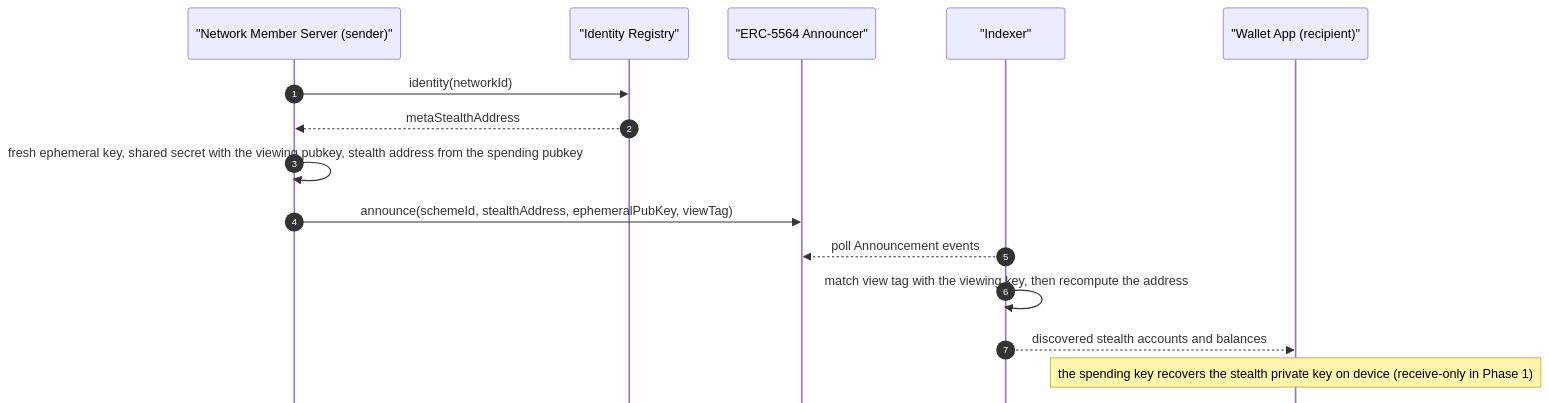
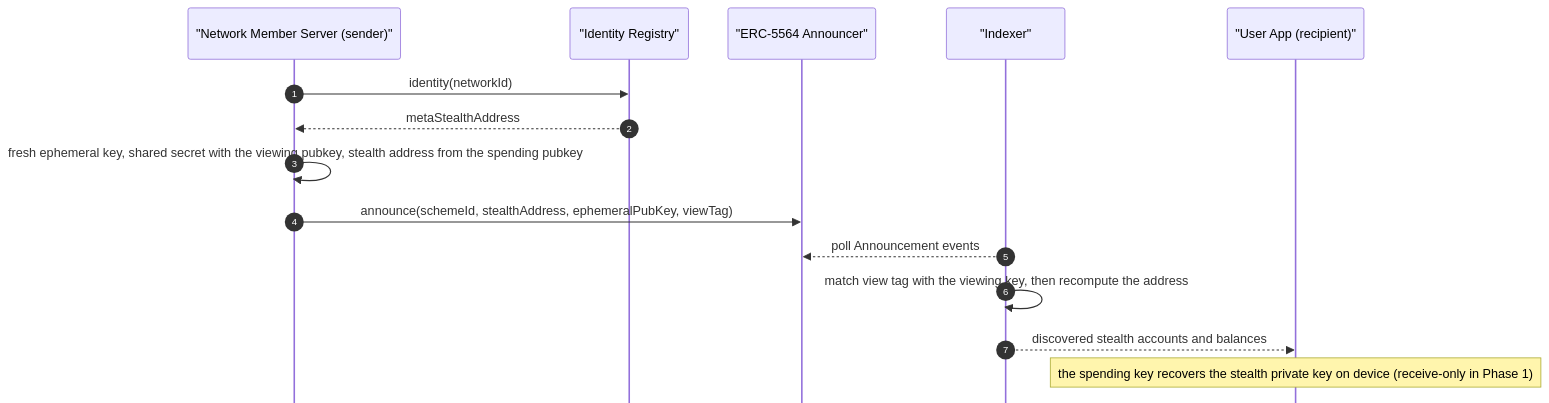
Before and after one commit to ethereum/coordination-network: the sixth of 7 diagrams in specs/06-full-architecture-phase-1.md, drawn with Mermaid. The commit also changed other lines of this file and 11 other files, not shown here.

````diff
--- a/specs/06-full-architecture-phase-1.md
+++ b/specs/06-full-architecture-phase-1.md
@@ -259,19 +262,19 @@
 ```mermaid
 %%{init: {'themeVariables': {'fontSize': '13px'}, 'sequence': {'mirrorActors': false, 'actorMargin': 50, 'messageMargin': 35}}}%%
 sequenceDiagram
     autonumber
     participant NM as "Network Member Server (sender)"
     participant IDM as "Identity Registry"
     participant ANN as "ERC-5564 Announcer"
     participant IDX as "Indexer"
-    participant WAL as "Wallet App (recipient)"
+    participant WAL as "User App (recipient)"
 
     NM->>IDM: identity(networkId)
     IDM-->>NM: metaStealthAddress
     NM->>NM: fresh ephemeral key, shared secret with the viewing pubkey, stealth address from the spending pubkey
     NM->>ANN: announce(schemeId, stealthAddress, ephemeralPubKey, viewTag)
     IDX-->>ANN: poll Announcement events
     IDX->>IDX: match view tag with the viewing key, then recompute the address
     IDX-->>WAL: discovered stealth accounts and balances
     Note over WAL: the spending key recovers the stealth private key on device (receive-only in Phase 1)
 ```
````
